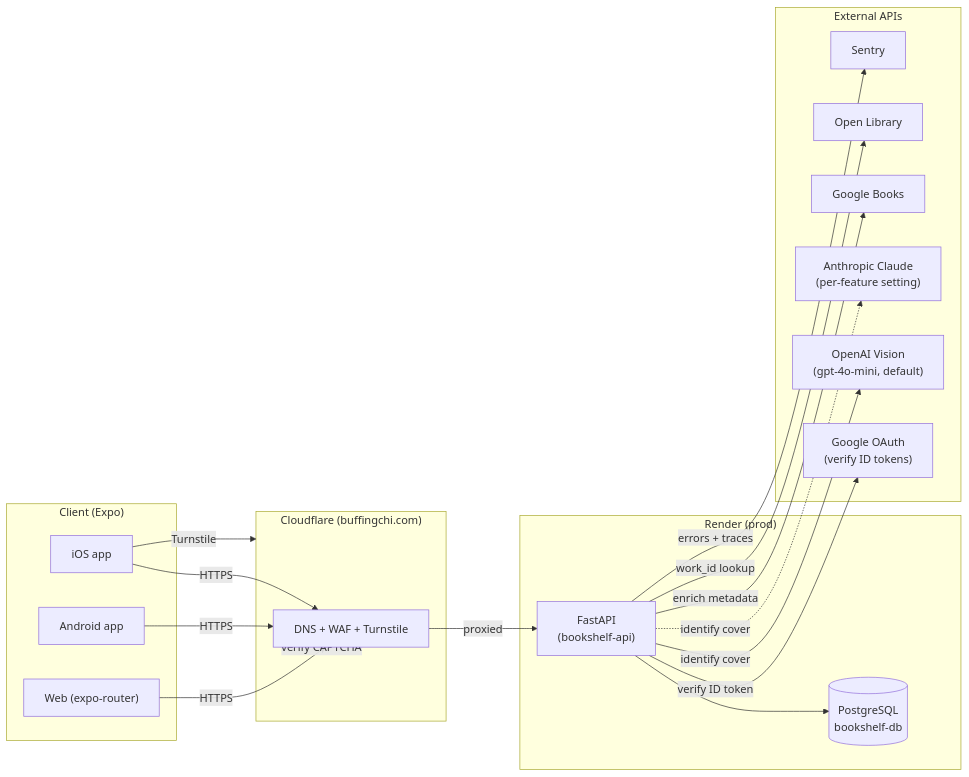
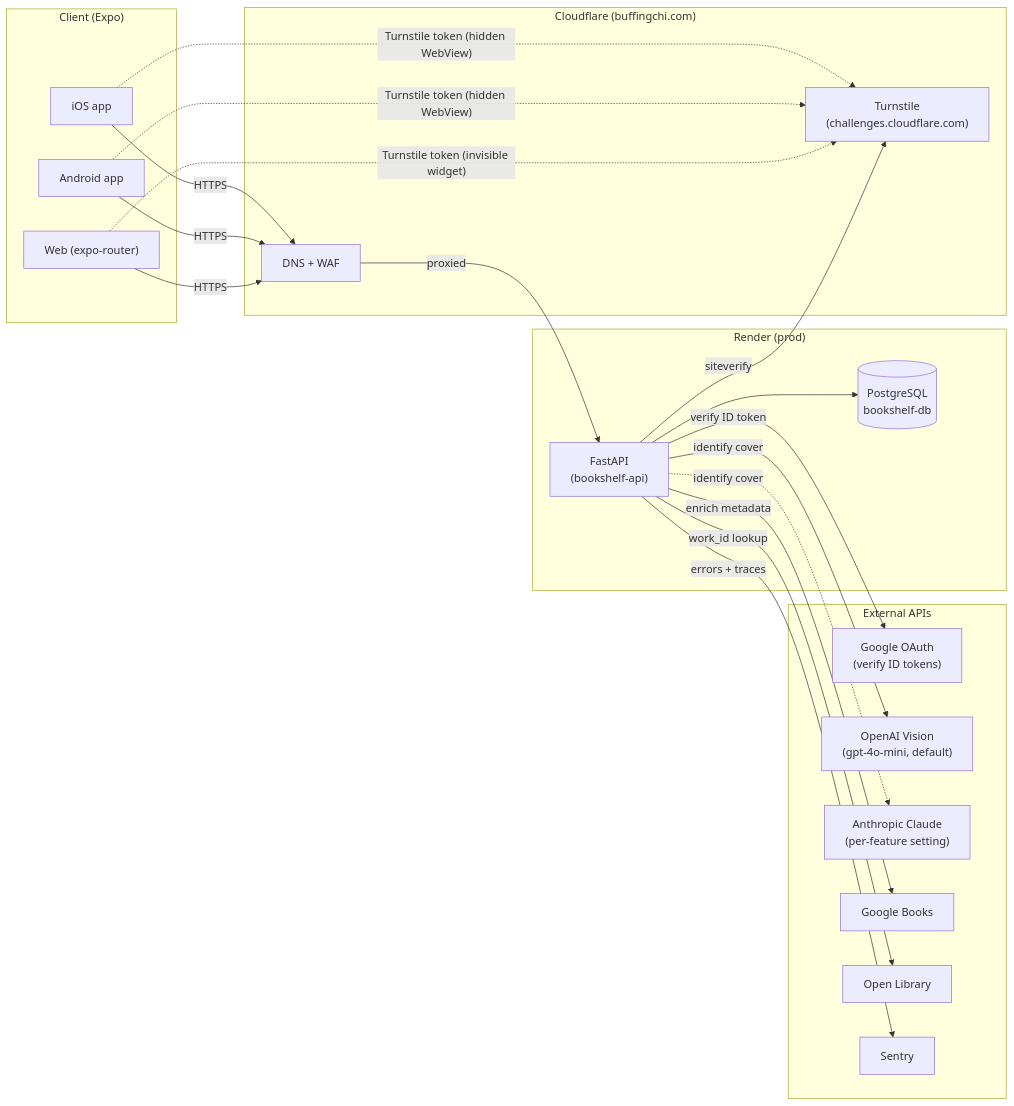
Before and after one commit to wcmchenry3-stack/BookshelfAI: the diagram in docs/architecture.md, drawn with Mermaid. The commit also changed other lines of this file and 8 other files, not shown here.

````diff
--- a/docs/architecture.md
+++ b/docs/architecture.md
@@ -7,45 +7,49 @@
 ```mermaid
 flowchart LR
   subgraph Client["Client (Expo)"]
     iOS["iOS app"]
     Android["Android app"]
     Web["Web (expo-router)"]
   end
 
   subgraph CF["Cloudflare (buffingchi.com)"]
-    DNS["DNS + WAF + Turnstile"]
+    DNS["DNS + WAF"]
+    Turnstile["Turnstile
+(challenges.cloudflare.com)"]
   end
 
   subgraph Render["Render (prod)"]
     API["FastAPI
 (bookshelf-api)"]
     DB[("PostgreSQL
 bookshelf-db")]
   end
 
   subgraph External["External APIs"]
     GoogleOAuth["Google OAuth
 (verify ID tokens)"]
     OpenAI["OpenAI Vision
 (gpt-4o-mini, default)"]
     Claude["Anthropic Claude
 (per-feature setting)"]
     GoogleBooks["Google Books"]
     OpenLib["Open Library"]
     Sentry["Sentry"]
   end
 
   iOS -- HTTPS --> DNS
   Android -- HTTPS --> DNS
   Web -- HTTPS --> DNS
   DNS -- proxied --> API
   API --> DB
   API -- verify ID token --> GoogleOAuth
   API -- identify cover --> OpenAI
   API -. identify cover .-> Claude
   API -- enrich metadata --> GoogleBooks
   API -- work_id lookup --> OpenLib
   API -- errors + traces --> Sentry
-  DNS -. verify CAPTCHA .-> CF
-  iOS -- Turnstile --> CF
+  iOS -. Turnstile token (hidden WebView) .-> Turnstile
+  Android -. Turnstile token (hidden WebView) .-> Turnstile
+  Web -. Turnstile token (invisible widget) .-> Turnstile
+  API -- siteverify --> Turnstile
 ```
````
